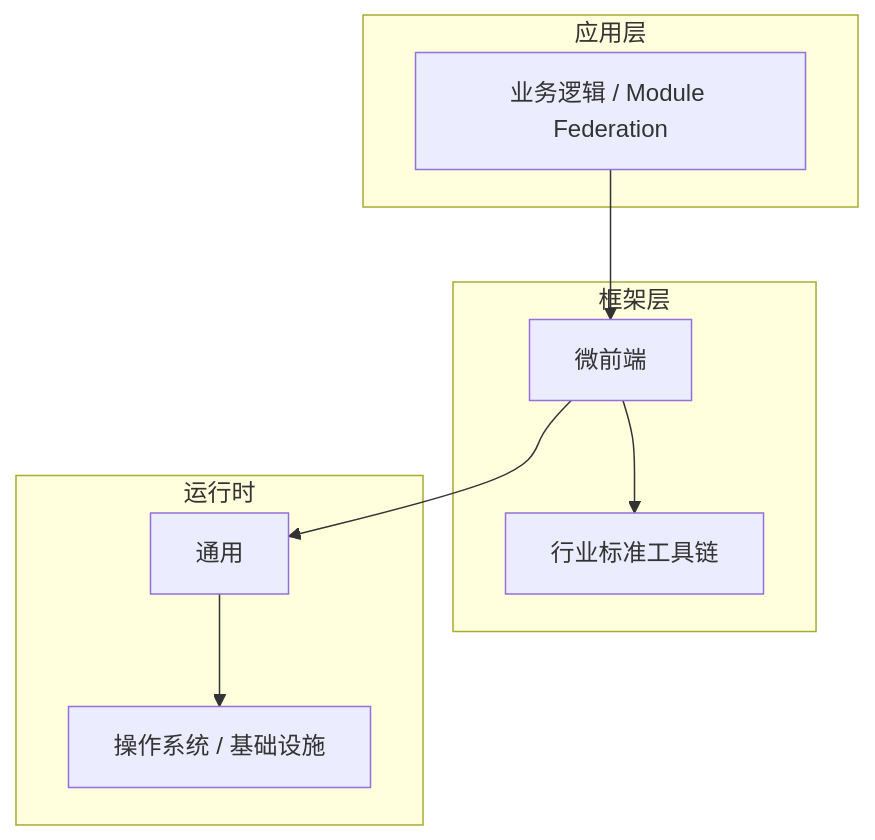
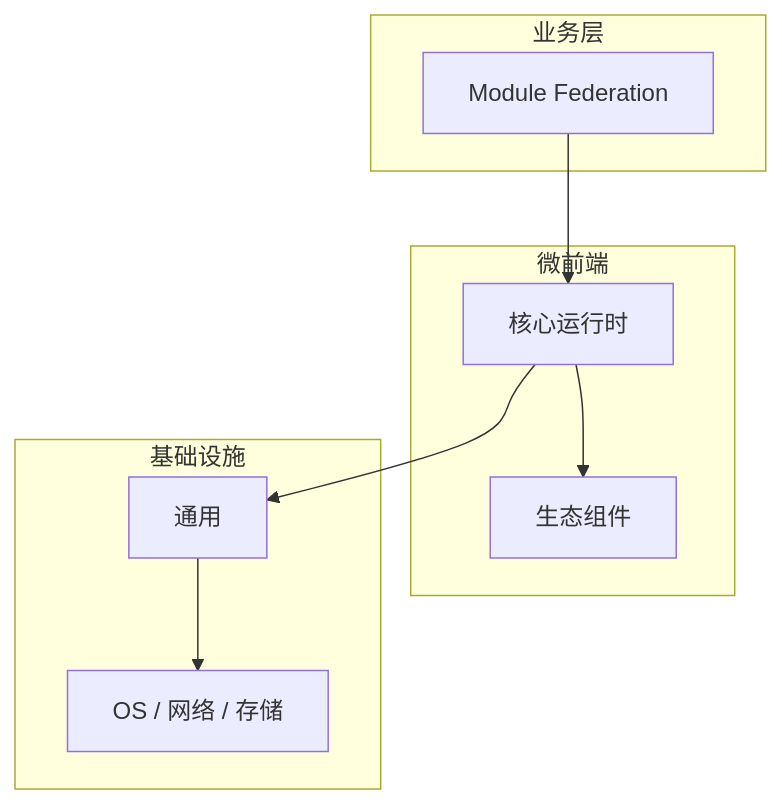
The diagram in articles/微前端/chapters/025-Module-Federation核心概念与原理.md (yanggan2015/knowledge-json-v2), drawn with Mermaid before and after one commit. The commit also changed other lines of this file and 10127 other files, not shown here.

````diff
--- a/articles/微前端/chapters/025-Module-Federation核心概念与原理.md
+++ b/articles/微前端/chapters/025-Module-Federation核心概念与原理.md
@@ -45,18 +34,18 @@
 ```mermaid
 graph TB
-    subgraph 应用层
-        A[业务逻辑 / Module Federation]
+    subgraph 业务层
+        A[Module Federation]
     end
-    subgraph 框架层
-        B[微前端]
-        C[行业标准工具链]
+    subgraph 微前端
+        B[核心运行时]
+        C[生态组件]
     end
-    subgraph 运行时
+    subgraph 基础设施
         D[通用]
-        E[操作系统 / 基础设施]
+        E[OS / 网络 / 存储]
     end
     A --> B
     B --> C
     B --> D
     D --> E
 ```
````
